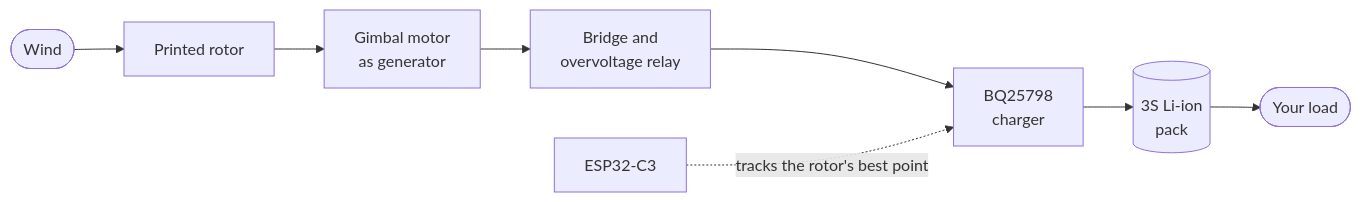
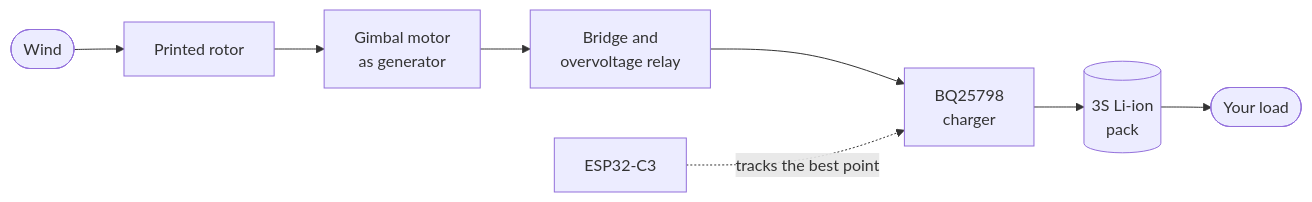
One commit to Franzelfx/vertical-wind-turbine changed the diagram in README.md. Above: the diagram before and after it, drawn with Mermaid. The commit also changed other lines of this file and 2 other files, not shown here.

````diff
--- a/README.md
+++ b/README.md
@@ -45,10 +45,10 @@
 ```mermaid
 flowchart LR
     wind([Wind]) --> rotor[Printed rotor]
     rotor --> generator[Gimbal motor<br/>as generator]
     generator --> guard[Bridge and<br/>overvoltage relay]
     guard --> charger[BQ25798<br/>charger]
     charger --> pack[(3S Li-ion<br/>pack)]
     pack --> load([Your load])
-    mcu[ESP32-C3] -. tracks the rotor's best point .-> charger
+    mcu[ESP32-C3] -. tracks the best point .-> charger
 ```
````
